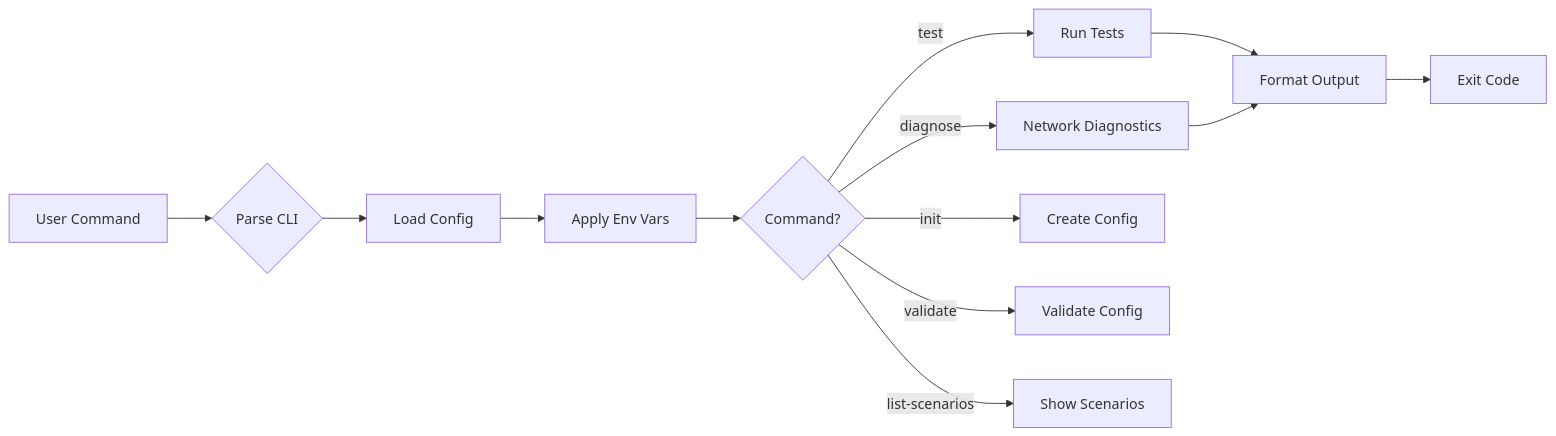
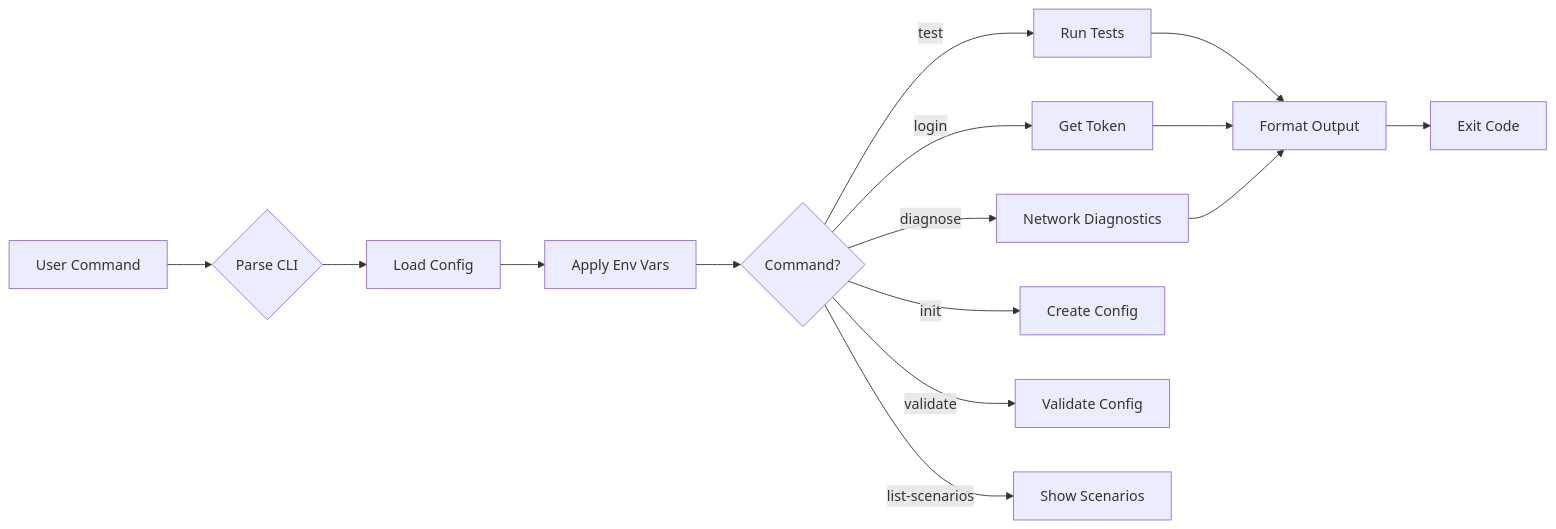
One commit to enu235/azure-aitoolsconnect changed the second of 6 diagrams in README.md. Above: the diagram before and after it, drawn with Mermaid. The commit also changed other lines of this file and 1 other file, not shown here.

First line of the commit message:
Update README and USAGE docs for login command, token caching, and UX improvements

````diff
--- a/README.md
+++ b/README.md
@@ -67,17 +71,19 @@
 ```mermaid
 flowchart LR
     A[User Command] --> B{Parse CLI}
     B --> C[Load Config]
     C --> D[Apply Env Vars]
     D --> E{Command?}
 
     E -->|test| F[Run Tests]
+    E -->|login| F2[Get Token]
     E -->|diagnose| G[Network Diagnostics]
     E -->|init| H[Create Config]
     E -->|validate| I[Validate Config]
     E -->|list-scenarios| J[Show Scenarios]
 
     F --> K[Format Output]
+    F2 --> K
     G --> K
     K --> L[Exit Code]
 ```
````
